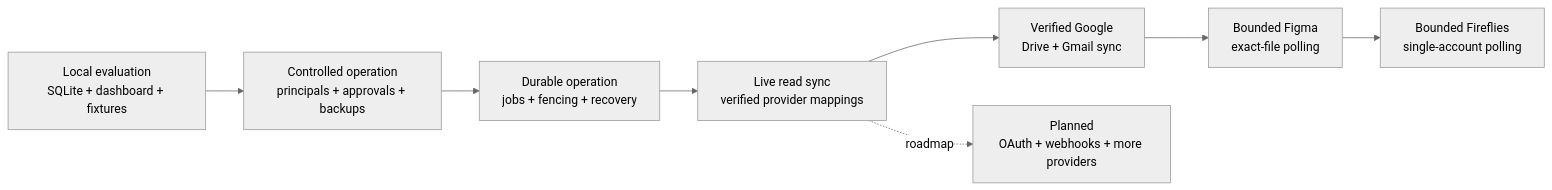
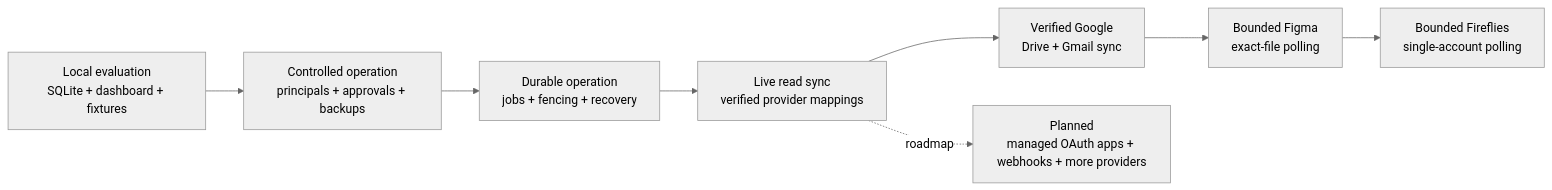
The seventh of 7 diagrams in README.md (wasayijaz/Auremgrid-Company-OS), drawn with Mermaid (neutral theme) before and after one commit. The commit also changed other lines of this file and 38 other files, not shown here.

````diff
--- a/README.md
+++ b/README.md
@@ -252,10 +259,10 @@
 ```mermaid
 flowchart LR
     Local[Local evaluation<br/>SQLite + dashboard + fixtures] --> Controlled[Controlled operation<br/>principals + approvals + backups]
     Controlled --> Durable[Durable operation<br/>jobs + fencing + recovery]
     Durable --> Live[Live read sync<br/>verified provider mappings]
     Live --> Google[Verified Google<br/>Drive + Gmail sync]
     Google --> Figma[Bounded Figma<br/>exact-file polling]
     Figma --> Fireflies[Bounded Fireflies<br/>single-account polling]
-    Live -. roadmap .-> Planned[Planned<br/>OAuth + webhooks + more providers]
+    Live -. roadmap .-> Planned[Planned<br/>managed OAuth apps + webhooks + more providers]
 ```
````
